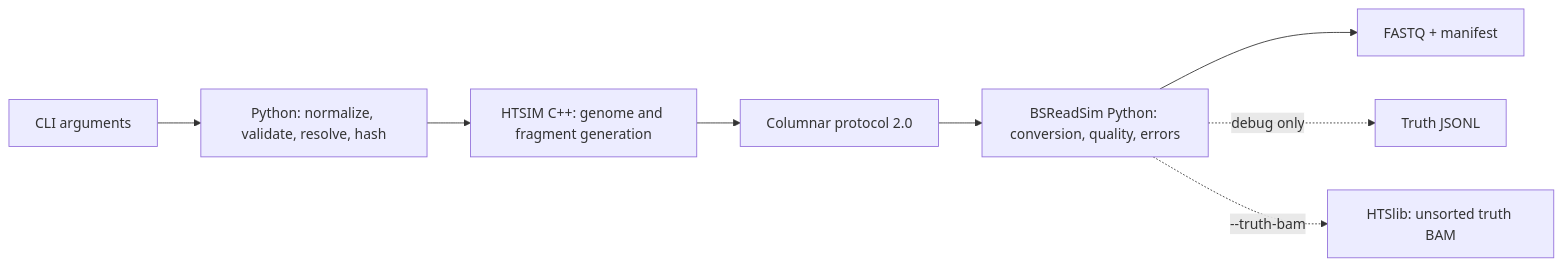
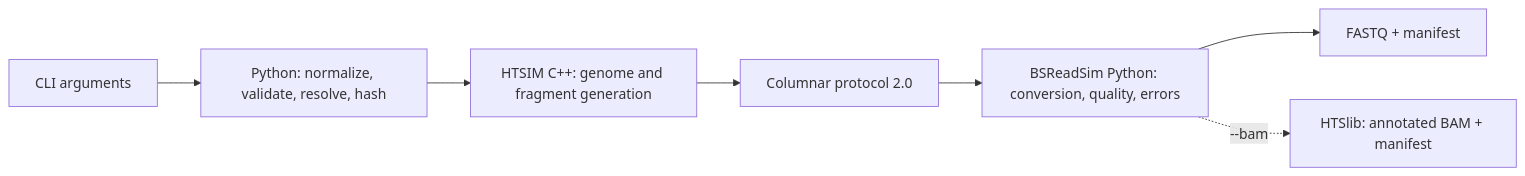
Before and after one commit to wbvguo/BSReadSim: the diagram in docs/architecture.md, drawn with Mermaid. The commit also changed other lines of this file and 185 other files, not shown here.

````diff
--- a/docs/architecture.md
+++ b/docs/architecture.md
@@ -12,10 +12,9 @@
 ```mermaid
 flowchart LR
     C["CLI arguments"] --> P["Python: normalize, validate, resolve, hash"]
     P --> G["HTSIM C++: genome and fragment generation"]
     G --> W["Columnar protocol 2.0"]
     W --> S["BSReadSim Python: conversion, quality, errors"]
     S --> O["FASTQ + manifest"]
-    S -. "debug only" .-> T["Truth JSONL"]
-    S -. "--truth-bam" .-> B["HTSlib: unsorted truth BAM"]
+    S -. "--bam" .-> B["HTSlib: annotated BAM + manifest"]
 ```
````
